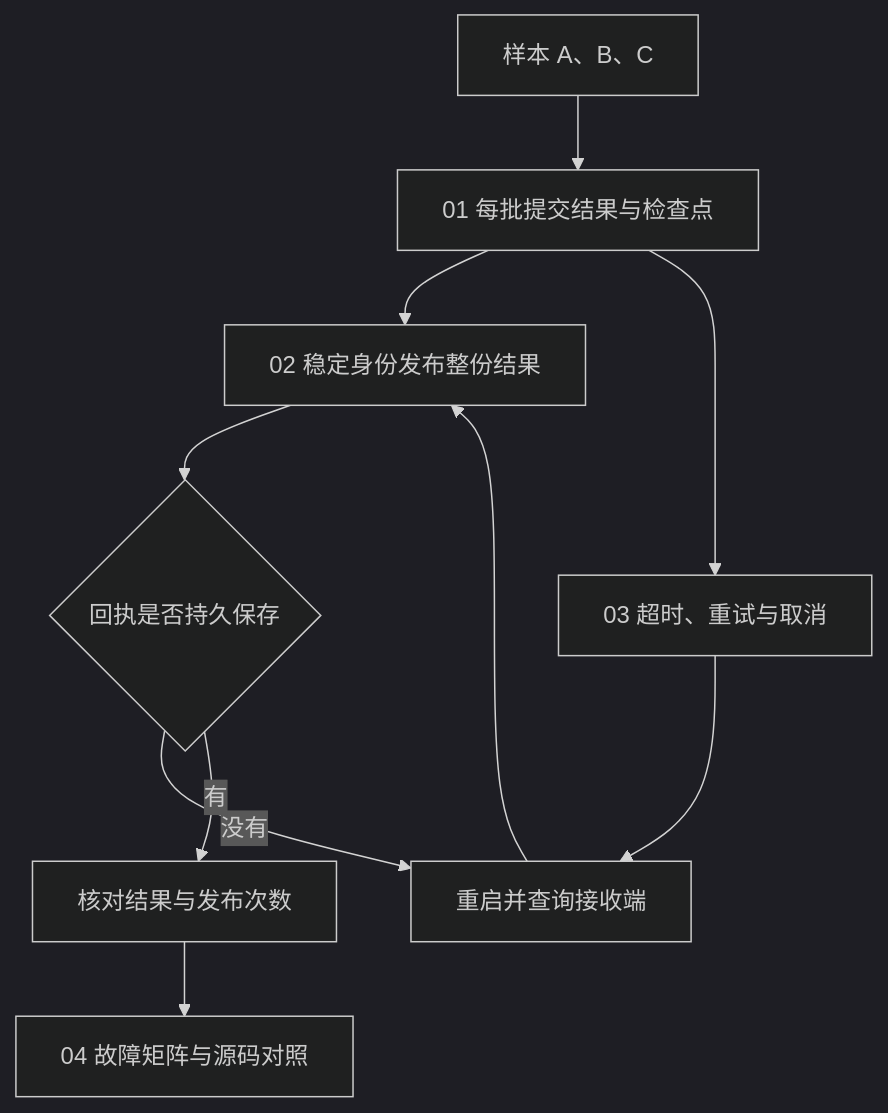
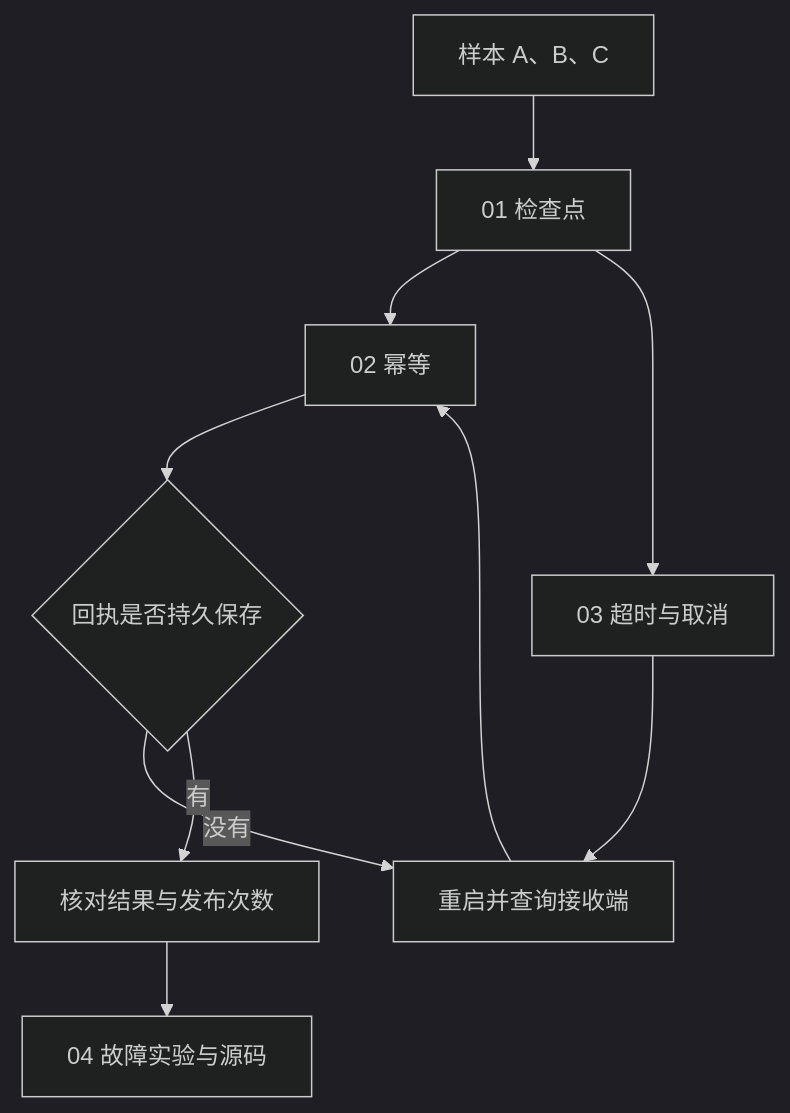
The diagram in 10-Knowledge/09-persistence-and-recovery/README.md (HarryYangthu/TheBestAIGuide), drawn with Mermaid (dark theme) before and after one commit. The commit also changed other lines of this file and 75 other files, not shown here.

````diff
--- a/10-Knowledge/09-persistence-and-recovery/README.md
+++ b/10-Knowledge/09-persistence-and-recovery/README.md
@@ -7,12 +7,12 @@
 ```mermaid
 flowchart TD
-    A["样本 A、B、C"] --> B["01 每批提交结果与检查点"]
-    B --> C["02 稳定身份发布整份结果"]
+    A["样本 A、B、C"] --> B["01 检查点"]
+    B --> C["02 幂等"]
     C --> D{"回执是否持久保存"}
     D -->|没有| E["重启并查询接收端"]
     E --> C
     D -->|有| F["核对结果与发布次数"]
-    B --> G["03 超时、重试与取消"]
+    B --> G["03 超时与取消"]
     G --> E
-    F --> H["04 故障矩阵与源码对照"]
+    F --> H["04 故障实验与源码"]
 ```
````
